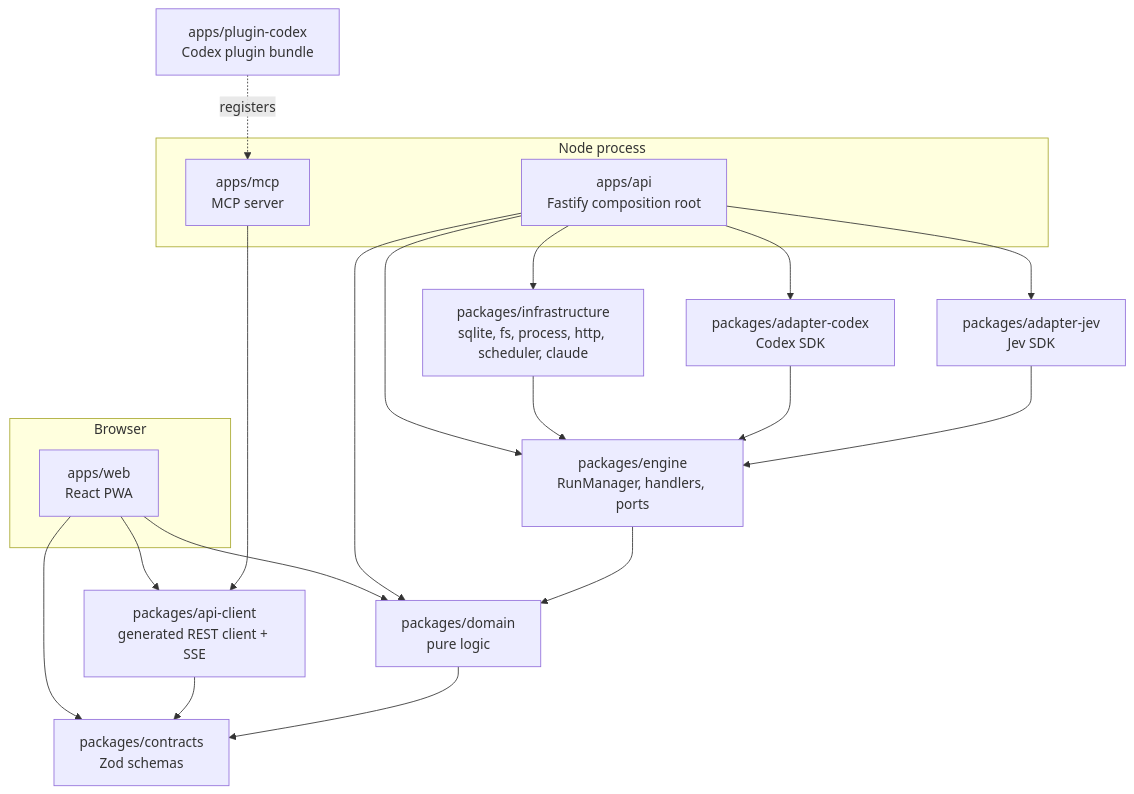
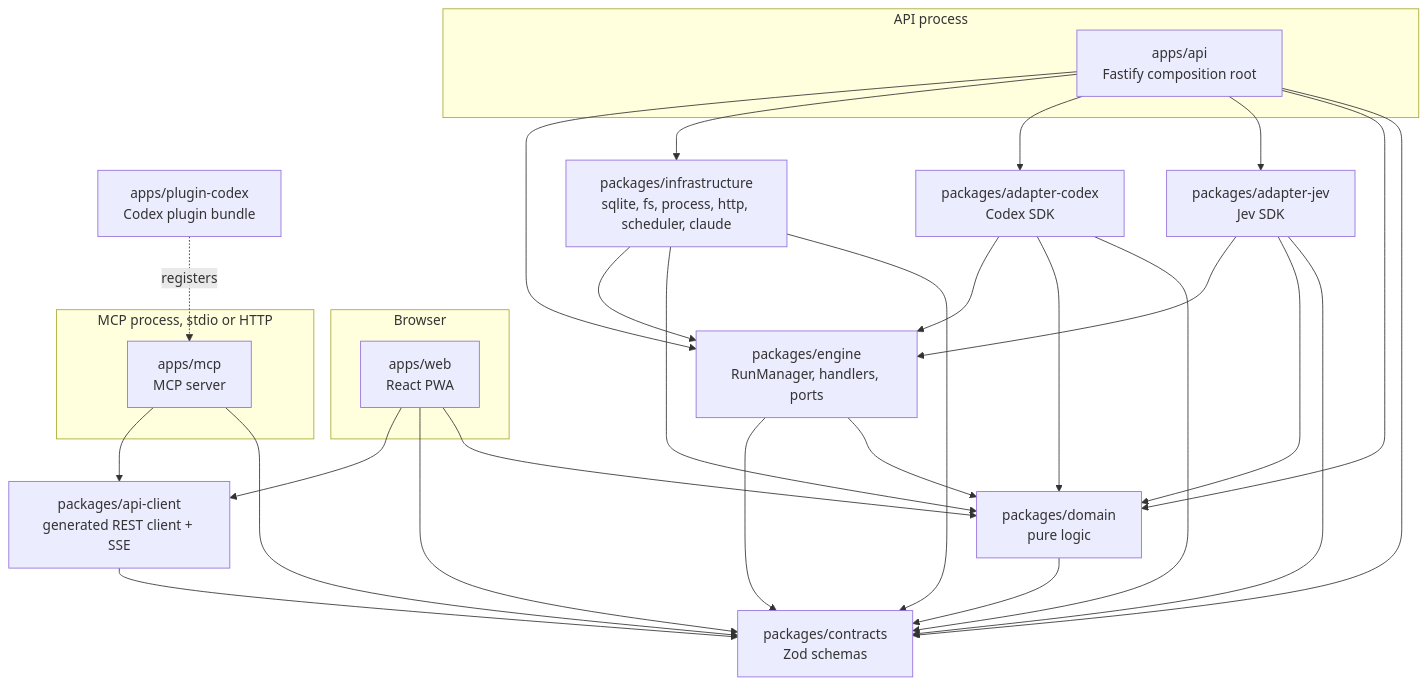
One commit to Jacob-J-Thomas/GraphGoblin changed the first of 7 diagrams in docs/architecture/README.md. Above: the diagram before and after it, drawn with Mermaid. The commit also changed other lines of this file and 1 other file, not shown here.

````diff
--- a/docs/architecture/README.md
+++ b/docs/architecture/README.md
@@ -9,35 +9,46 @@
 ```mermaid
 flowchart TB
   subgraph browser[Browser]
     web[apps/web<br/>React PWA]
   end
-  subgraph node[Node process]
+  subgraph node[API process]
     api[apps/api<br/>Fastify composition root]
+  end
+  subgraph mcpp[MCP process, stdio or HTTP]
     mcp[apps/mcp<br/>MCP server]
   end
   plugin[apps/plugin-codex<br/>Codex plugin bundle]
   client[packages/api-client<br/>generated REST client + SSE]
   contracts[packages/contracts<br/>Zod schemas]
   domain[packages/domain<br/>pure logic]
   engine[packages/engine<br/>RunManager, handlers, ports]
   infra[packages/infrastructure<br/>sqlite, fs, process, http, scheduler, claude]
   codex[packages/adapter-codex<br/>Codex SDK]
   jev[packages/adapter-jev<br/>Jev SDK]
 
   web --> client
   web --> contracts
   web --> domain
   mcp --> client
+  mcp --> contracts
   plugin -. registers .-> mcp
   client --> contracts
   api --> engine
   api --> infra
   api --> codex
   api --> jev
   api --> domain
+  api --> contracts
   infra --> engine
+  infra --> domain
+  infra --> contracts
   codex --> engine
+  codex --> domain
+  codex --> contracts
   jev --> engine
+  jev --> domain
+  jev --> contracts
+  engine --> contracts
   engine --> domain
   domain --> contracts
 ```
````
